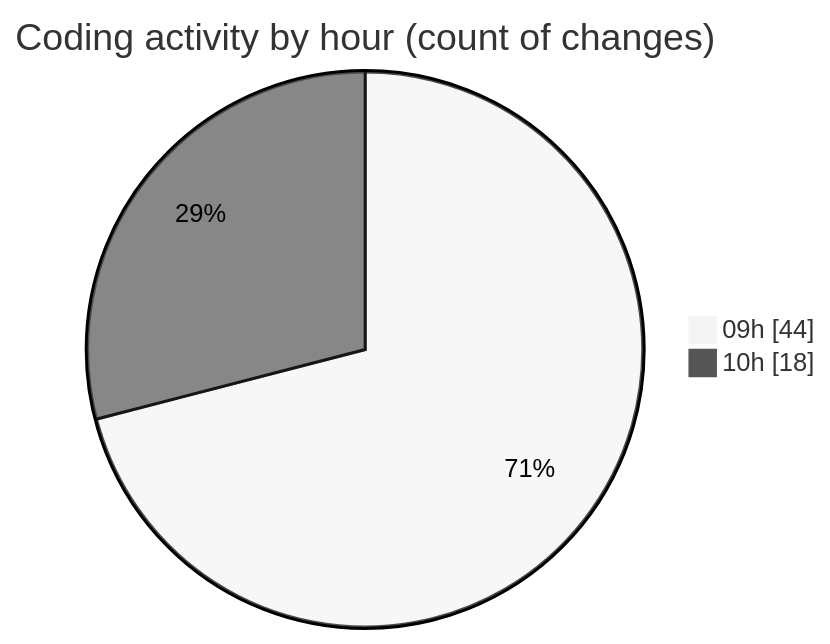
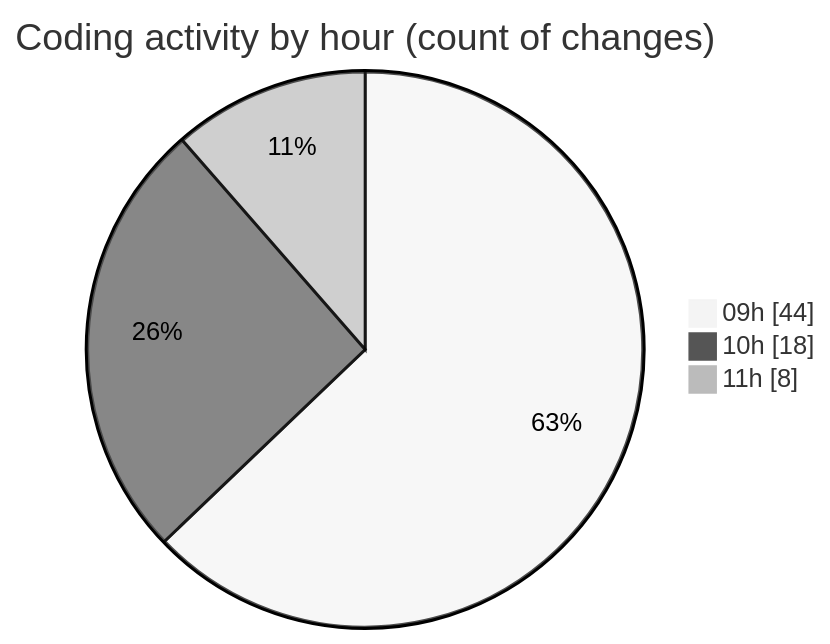
One commit to momahboobian/code-tracking changed the second of 2 diagrams in 2026-08-07/cda/README.md. Above: the diagram before and after it, drawn with Mermaid (neutral theme). The commit also changed other lines of this file and 1 other file, not shown here.

````diff
--- a/2026-08-07/cda/README.md
+++ b/2026-08-07/cda/README.md
@@ -42,6 +42,7 @@
 ```mermaid
 pie showData
 title Coding activity by hour (count of changes)
 "09h" : 44
 "10h" : 18
+"11h" : 8
 ```
````
